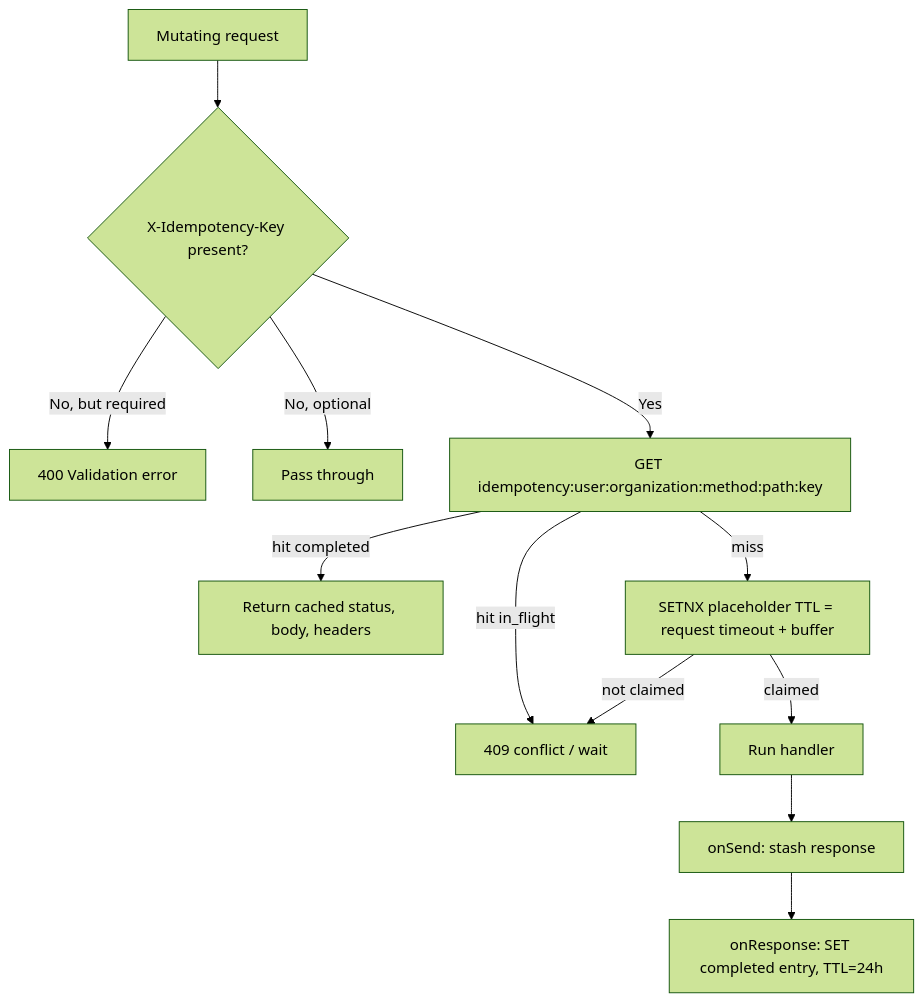
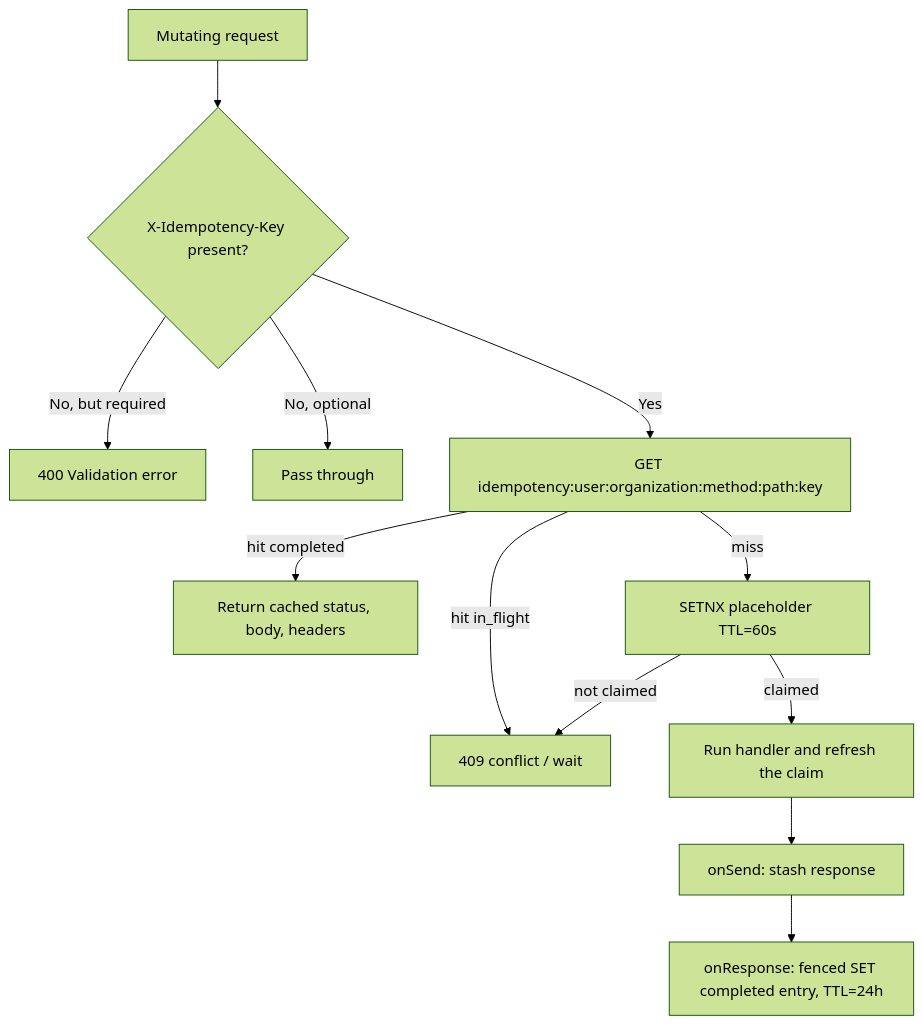
One commit to albetrios/clinozy-be changed the second of 4 diagrams in src/PATTERNS.md. Above: the diagram before and after it, drawn with Mermaid (forest theme). The commit also changed other lines of this file and 11 other files, not shown here.

First line of the commit message:
fix(idempotency): fence the in-flight claim and refresh it

````diff
--- a/src/PATTERNS.md
+++ b/src/PATTERNS.md
@@ -89,14 +89,14 @@
 ```mermaid
 flowchart TD
     A[Mutating request] --> B{X-Idempotency-Key present?}
     B -- No, but required --> R[400 Validation error]
     B -- No, optional --> X[Pass through]
     B -- Yes --> C[GET idempotency:user:organization:method:path:key]
     C -- hit completed --> D[Return cached status, body, headers]
     C -- hit in_flight --> E[409 conflict / wait]
-    C -- miss --> F[SETNX placeholder TTL = request timeout + buffer]
-    F -- claimed --> G[Run handler]
+    C -- miss --> F[SETNX placeholder TTL=60s]
+    F -- claimed --> G[Run handler and refresh the claim]
     G --> H[onSend: stash response]
-    H --> I[onResponse: SET completed entry, TTL=24h]
+    H --> I[onResponse: fenced SET completed entry, TTL=24h]
     F -- not claimed --> E
 ```
````
